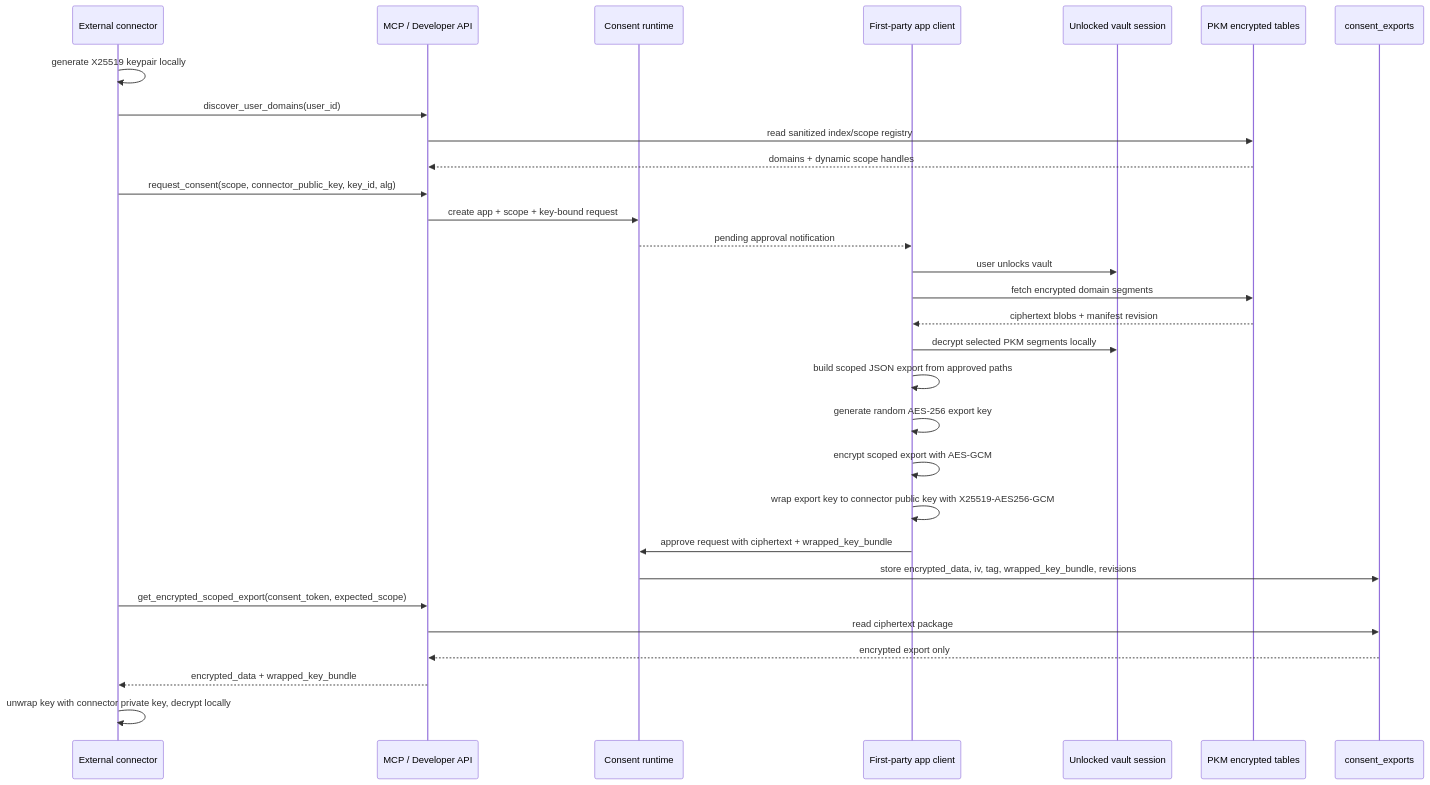
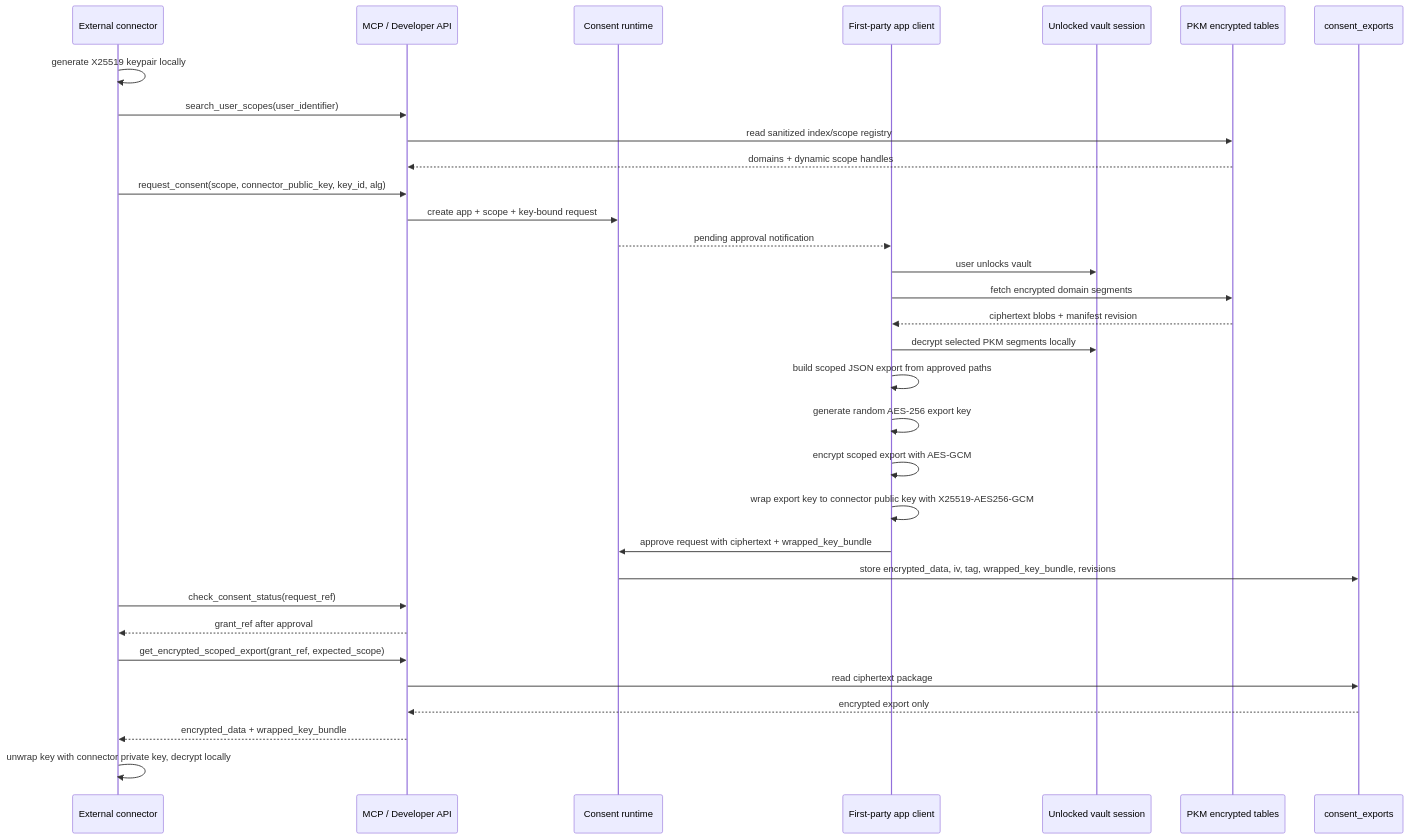
One commit to hushh-labs/consent-protocol changed the fourth of 4 diagrams in docs/reference/personal-knowledge-model.md. Above: the diagram before and after it, drawn with Mermaid. The commit also changed 34 other files, not shown here.

Commit message:
feat(mcp): harden consent lifecycle v0.3.0 (#4518)

````diff
--- a/docs/reference/personal-knowledge-model.md
+++ b/docs/reference/personal-knowledge-model.md
@@ -215,33 +215,35 @@
 ```mermaid
 sequenceDiagram
   participant Connector as External connector
   participant MCP as MCP / Developer API
   participant Consent as Consent runtime
   participant Client as First-party app client
   participant Vault as Unlocked vault session
   participant PKM as PKM encrypted tables
   participant Exports as consent_exports
 
   Connector->>Connector: generate X25519 keypair locally
-  Connector->>MCP: discover_user_domains(user_id)
+  Connector->>MCP: search_user_scopes(user_identifier)
   MCP->>PKM: read sanitized index/scope registry
   PKM-->>MCP: domains + dynamic scope handles
   Connector->>MCP: request_consent(scope, connector_public_key, key_id, alg)
   MCP->>Consent: create app + scope + key-bound request
   Consent-->>Client: pending approval notification
   Client->>Vault: user unlocks vault
   Client->>PKM: fetch encrypted domain segments
   PKM-->>Client: ciphertext blobs + manifest revision
   Client->>Vault: decrypt selected PKM segments locally
   Client->>Client: build scoped JSON export from approved paths
   Client->>Client: generate random AES-256 export key
   Client->>Client: encrypt scoped export with AES-GCM
   Client->>Client: wrap export key to connector public key with X25519-AES256-GCM
   Client->>Consent: approve request with ciphertext + wrapped_key_bundle
   Consent->>Exports: store encrypted_data, iv, tag, wrapped_key_bundle, revisions
-  Connector->>MCP: get_encrypted_scoped_export(consent_token, expected_scope)
+  Connector->>MCP: check_consent_status(request_ref)
+  MCP-->>Connector: grant_ref after approval
+  Connector->>MCP: get_encrypted_scoped_export(grant_ref, expected_scope)
   MCP->>Exports: read ciphertext package
   Exports-->>MCP: encrypted export only
   MCP-->>Connector: encrypted_data + wrapped_key_bundle
   Connector->>Connector: unwrap key with connector private key, decrypt locally
 ```
````
